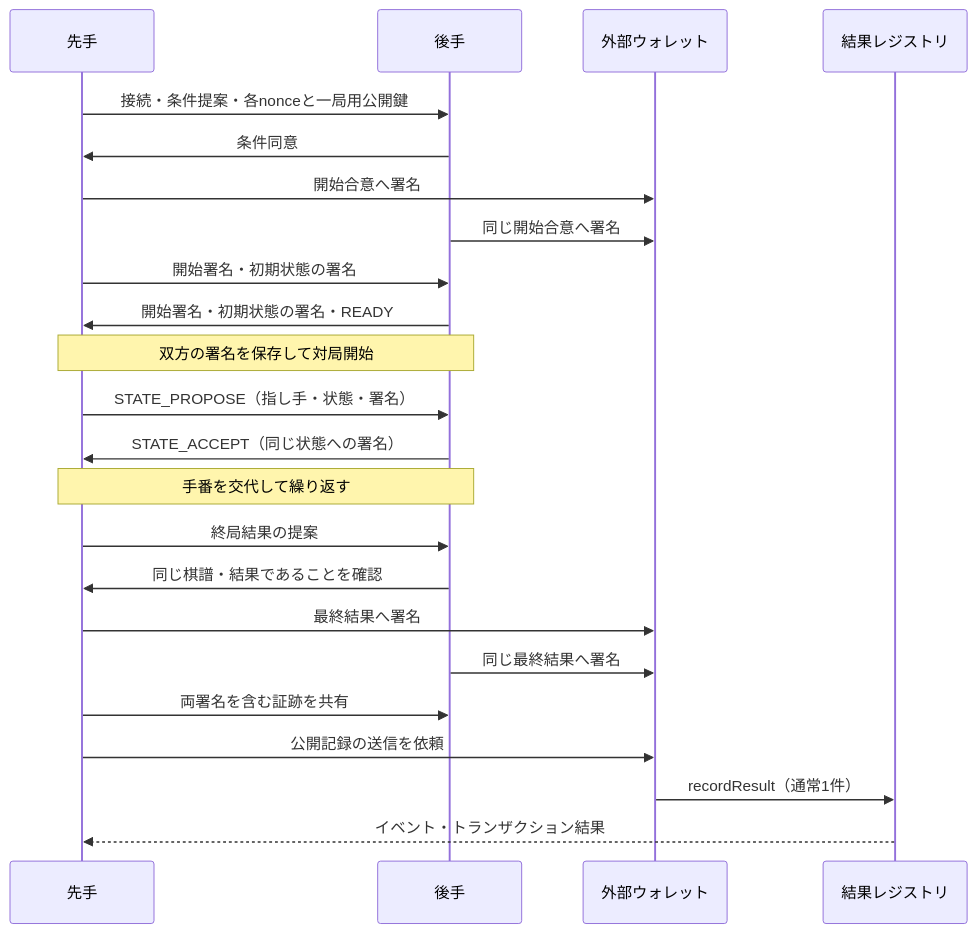
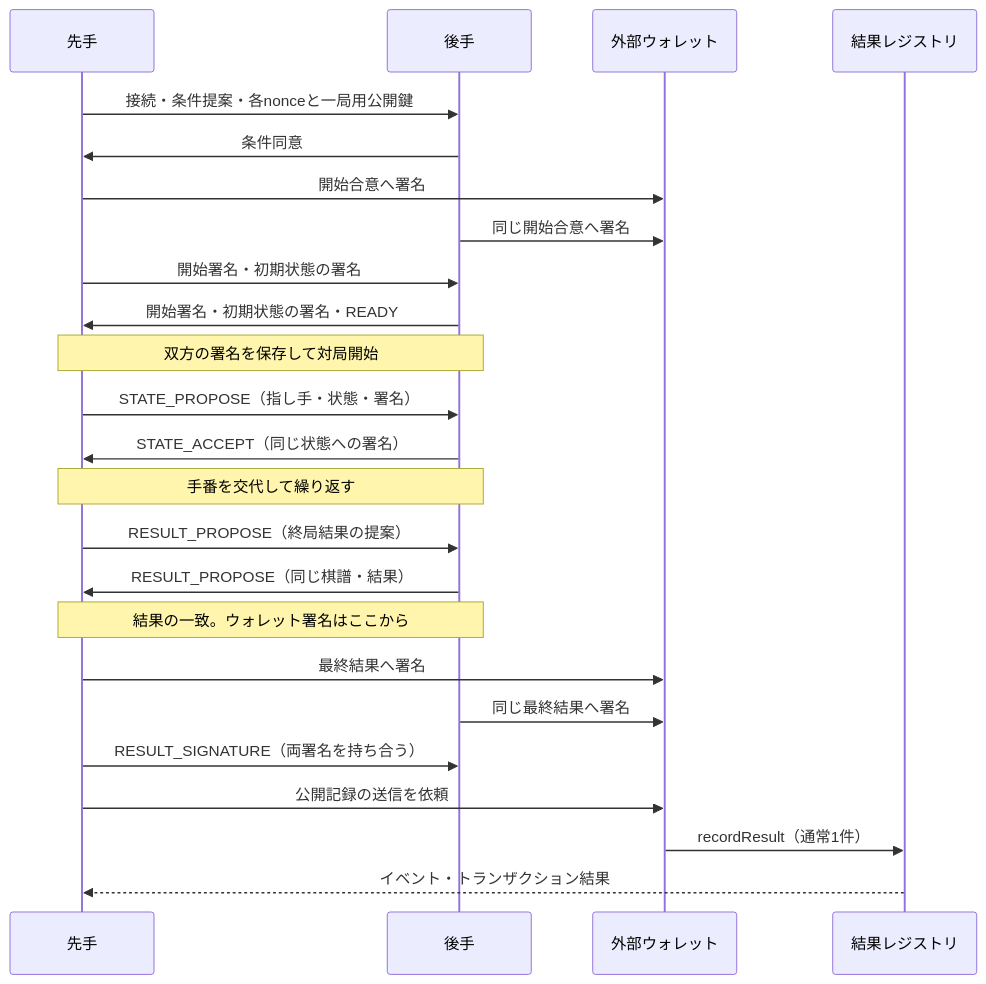
Before and after one commit to hnakada123/ShogiBoardQ: the second of 2 diagrams in docs/dev/p2p-blockchain-game-spec.md, drawn with Mermaid. The commit also changed other lines of this file and 1 other file, not shown here.

````diff
--- a/docs/dev/p2p-blockchain-game-spec.md
+++ b/docs/dev/p2p-blockchain-game-spec.md
@@ -266,25 +390,26 @@
 ```mermaid
 sequenceDiagram
     participant A as 先手
     participant B as 後手
     participant W as 外部ウォレット
     participant C as 結果レジストリ
     A->>B: 接続・条件提案・各nonceと一局用公開鍵
     B->>A: 条件同意
     A->>W: 開始合意へ署名
     B->>W: 同じ開始合意へ署名
     A->>B: 開始署名・初期状態の署名
     B->>A: 開始署名・初期状態の署名・READY
     Note over A,B: 双方の署名を保存して対局開始
     A->>B: STATE_PROPOSE（指し手・状態・署名）
     B->>A: STATE_ACCEPT（同じ状態への署名）
     Note over A,B: 手番を交代して繰り返す
-    A->>B: 終局結果の提案
-    B->>A: 同じ棋譜・結果であることを確認
+    A->>B: RESULT_PROPOSE（終局結果の提案）
+    B->>A: RESULT_PROPOSE（同じ棋譜・結果）
+    Note over A,B: 結果の一致。ウォレット署名はここから
     A->>W: 最終結果へ署名
     B->>W: 同じ最終結果へ署名
-    A->>B: 両署名を含む証跡を共有
+    A->>B: RESULT_SIGNATURE（両署名を持ち合う）
     A->>W: 公開記録の送信を依頼
     W->>C: recordResult（通常1件）
     C-->>A: イベント・トランザクション結果
 ```
````
